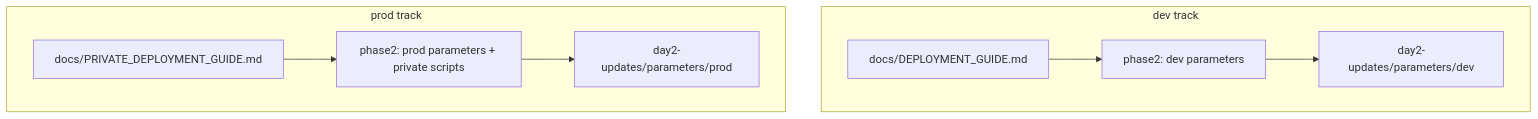
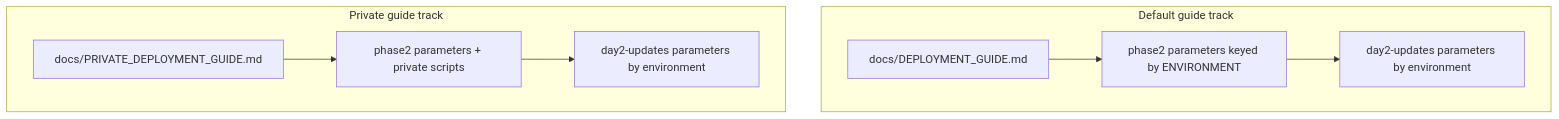
One commit to blacheinc/payswitch-cs-dataml changed the second of 2 diagrams in DE/data-pipelines/deployment/bicep/azure-infrastructure/docs/HOW_DEPLOYMENT_FITS_TOGETHER.md. Above: the diagram before and after it, drawn with Mermaid. The commit also changed other lines of this file and 75 other files, not shown here.

````diff
--- a/DE/data-pipelines/deployment/bicep/azure-infrastructure/docs/HOW_DEPLOYMENT_FITS_TOGETHER.md
+++ b/DE/data-pipelines/deployment/bicep/azure-infrastructure/docs/HOW_DEPLOYMENT_FITS_TOGETHER.md
@@ -99,15 +101,15 @@
 ```mermaid
 flowchart TB
-  subgraph devTrack [dev track]
+  subgraph nonPrivateTrack [Default guide track]
     DG[docs/DEPLOYMENT_GUIDE.md]
-    P2D[phase2: dev parameters]
-    D2D[day2-updates/parameters/dev]
+    P2D[phase2 parameters keyed by ENVIRONMENT]
+    D2D[day2-updates parameters by environment]
     DG --> P2D --> D2D
   end
-  subgraph prodTrack [prod track]
+  subgraph privateTrack [Private guide track]
     PDG[docs/PRIVATE_DEPLOYMENT_GUIDE.md]
-    P2P[phase2: prod parameters + private scripts]
-    D2P[day2-updates/parameters/prod]
+    P2P[phase2 parameters + private scripts]
+    D2P[day2-updates parameters by environment]
     PDG --> P2P --> D2P
   end
 ```
````
